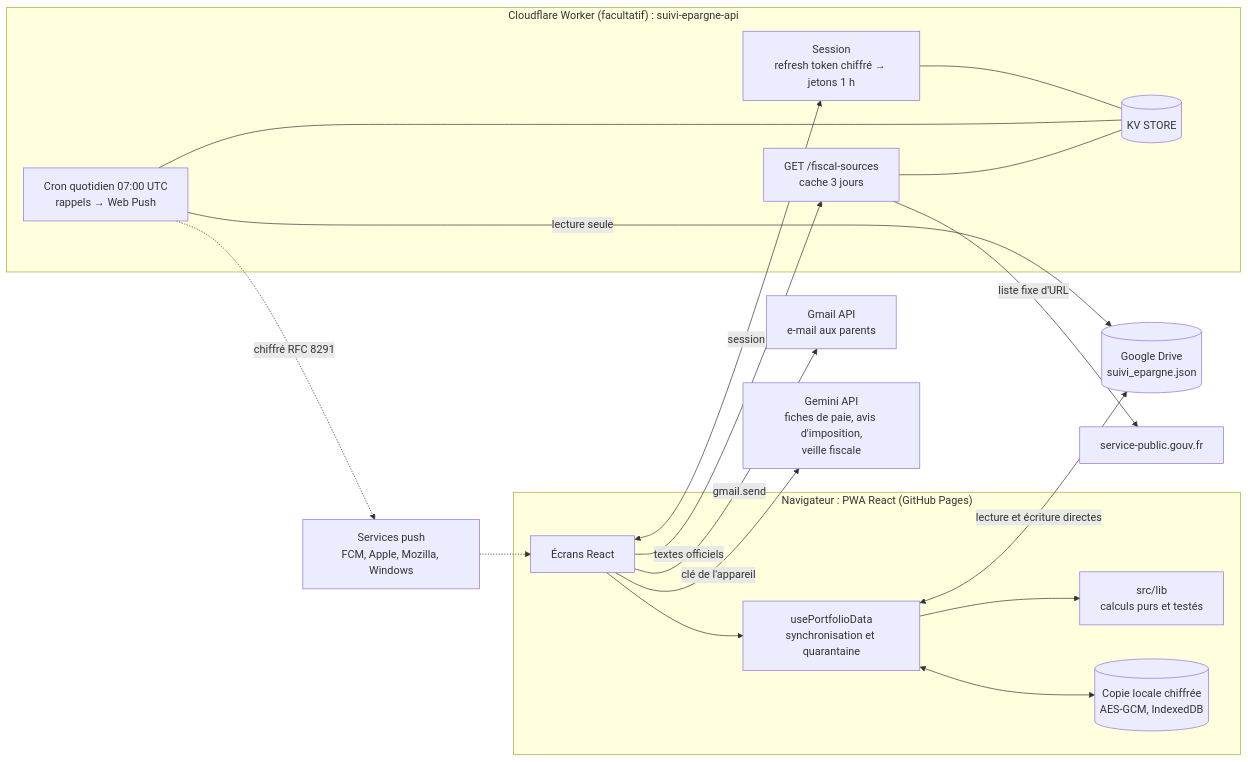
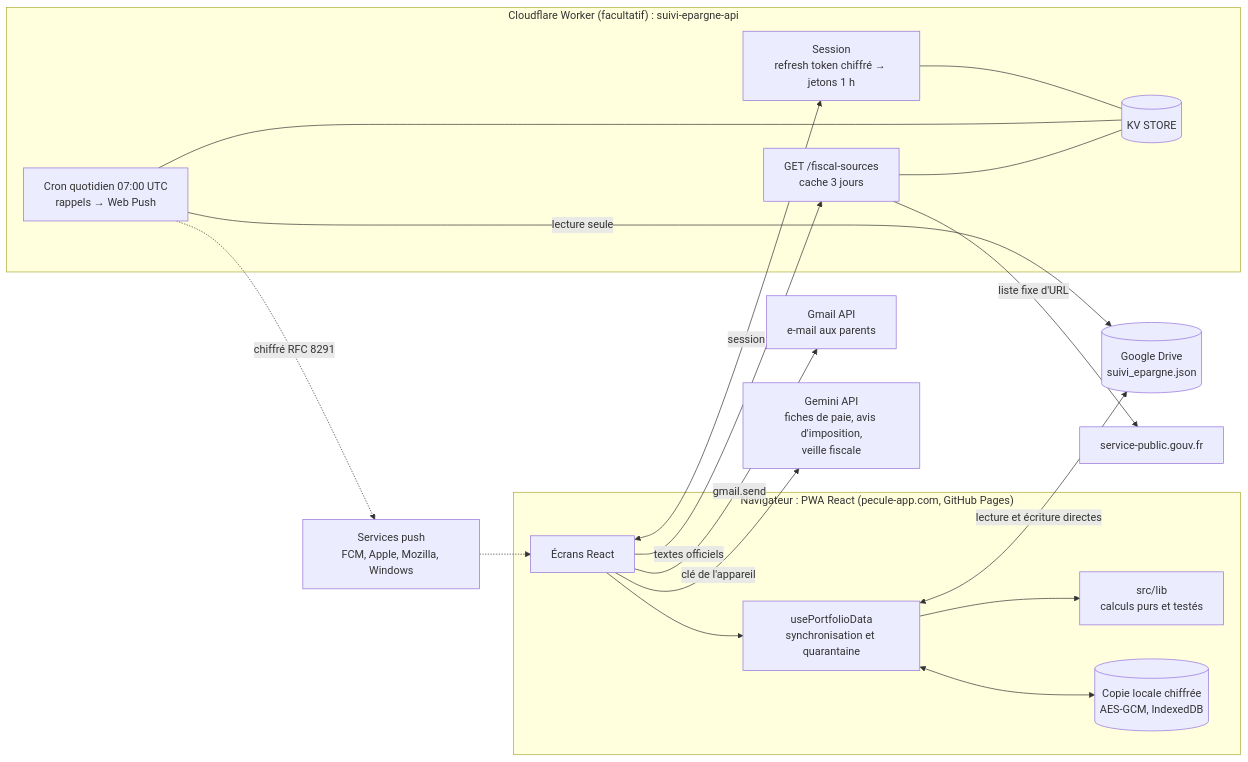
The diagram in README.md (antoninnourisson-cloud/suivi-epargne), drawn with Mermaid before and after one commit. The commit also changed other lines of this file and 11 other files, not shown here.

First line of the commit message:
Move to pecule-app.com

````diff
--- a/README.md
+++ b/README.md
@@ -109,36 +109,36 @@
 ```mermaid
 flowchart LR
-  subgraph Navigateur["Navigateur : PWA React (GitHub Pages)"]
+  subgraph Navigateur["Navigateur : PWA React (pecule-app.com, GitHub Pages)"]
     UI[Écrans React]
     Hook[usePortfolioData<br/>synchronisation et quarantaine]
     Lib[src/lib<br/>calculs purs et testés]
     Local[(Copie locale chiffrée<br/>AES-GCM, IndexedDB)]
     UI --> Hook --> Lib
     Hook <--> Local
   end
 
   Drive[(Google Drive<br/>suivi_epargne.json)]
   Gmail[Gmail API<br/>e-mail aux parents]
   Gemini[Gemini API<br/>fiches de paie, avis d'imposition,<br/>veille fiscale]
   SP[service-public.gouv.fr]
 
   subgraph Worker["Cloudflare Worker (facultatif) : suivi-epargne-api"]
     Auth[Session<br/>refresh token chiffré → jetons 1 h]
     Cron[Cron quotidien 07:00 UTC<br/>rappels → Web Push]
     FS[GET /fiscal-sources<br/>cache 3 jours]
     KV[(KV STORE)]
     Auth --- KV
     Cron --- KV
     FS --- KV
   end
 
   Hook <-->|lecture et écriture directes| Drive
   UI -->|gmail.send| Gmail
   UI -->|clé de l'appareil| Gemini
   UI <-->|session| Auth
   UI -->|textes officiels| FS
   FS -->|liste fixe d'URL| SP
   Cron -->|lecture seule| Drive
   Cron -.->|chiffré RFC 8291| Push[Services push<br/>FCM, Apple, Mozilla, Windows]
   Push -.-> UI
 ```
````
